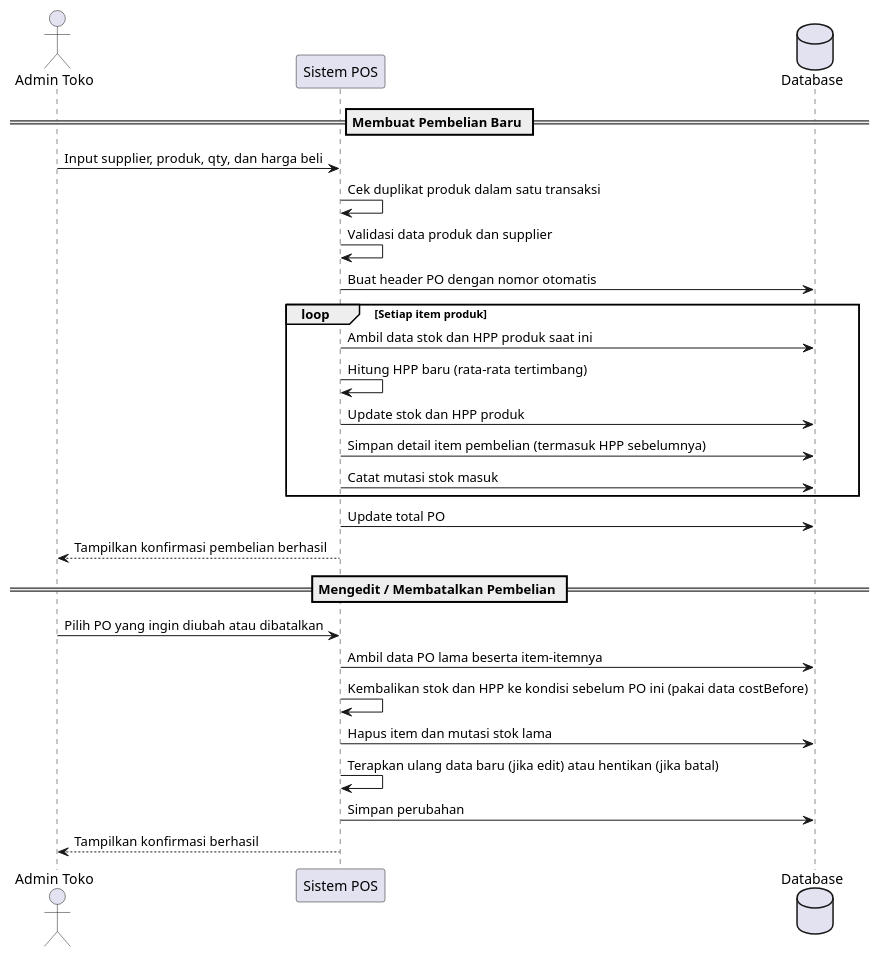
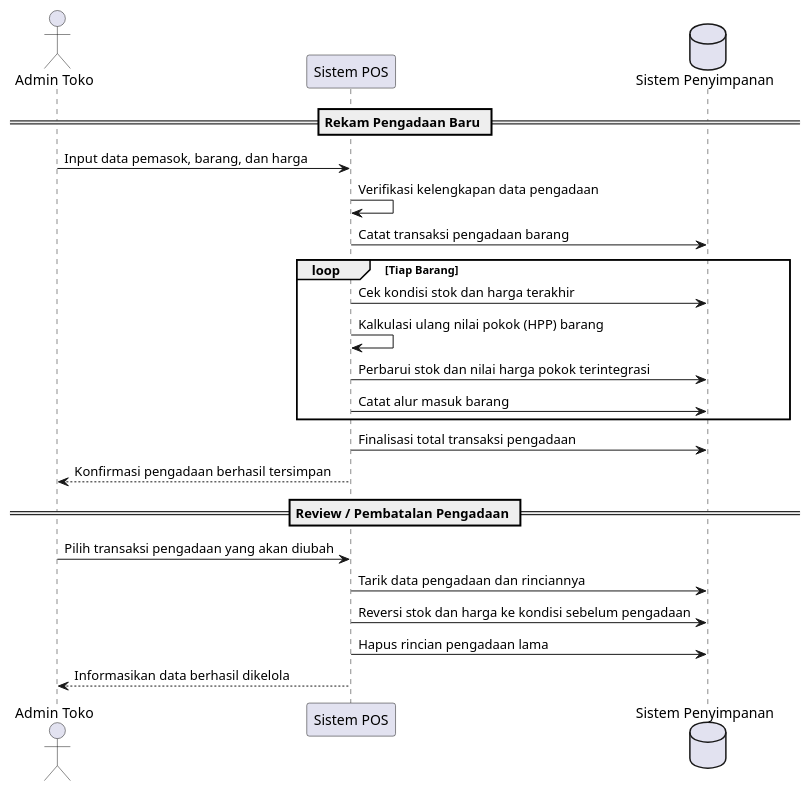
The diagram in docs/uml-sequence-purchase.puml (Aditiarzky/pos-app), drawn with PlantUML before and after one commit. The commit also changed 21 other files, not shown here.

```diff
--- a/docs/uml-sequence-purchase.puml
+++ b/docs/uml-sequence-purchase.puml
@@ -1,29 +1,25 @@
 @startuml
 actor "Admin Toko" as Admin
 participant "Sistem POS" as App
-database "Database" as DB
+database "Sistem Penyimpanan" as DB
 
-== Membuat Pembelian Baru ==
-Admin -> App: Input supplier, produk, qty, dan harga beli
-App -> App: Cek duplikat produk dalam satu transaksi
-App -> App: Validasi data produk dan supplier
-App -> DB: Buat header PO dengan nomor otomatis
-loop Setiap item produk
-  App -> DB: Ambil data stok dan HPP produk saat ini
-  App -> App: Hitung HPP baru (rata-rata tertimbang)
-  App -> DB: Update stok dan HPP produk
-  App -> DB: Simpan detail item pembelian (termasuk HPP sebelumnya)
-  App -> DB: Catat mutasi stok masuk
+== Rekam Pengadaan Baru ==
+Admin -> App: Input data pemasok, barang, dan harga
+App -> App: Verifikasi kelengkapan data pengadaan
+App -> DB: Catat transaksi pengadaan barang
+loop Tiap Barang
+  App -> DB: Cek kondisi stok dan harga terakhir
+  App -> App: Kalkulasi ulang nilai pokok (HPP) barang
+  App -> DB: Perbarui stok dan nilai harga pokok terintegrasi
+  App -> DB: Catat alur masuk barang
 end
-App -> DB: Update total PO
-App --> Admin: Tampilkan konfirmasi pembelian berhasil
+App -> DB: Finalisasi total transaksi pengadaan
+App --> Admin: Konfirmasi pengadaan berhasil tersimpan
 
-== Mengedit / Membatalkan Pembelian ==
-Admin -> App: Pilih PO yang ingin diubah atau dibatalkan
-App -> DB: Ambil data PO lama beserta item-itemnya
-App -> App: Kembalikan stok dan HPP ke kondisi sebelum PO ini (pakai data costBefore)
-App -> DB: Hapus item dan mutasi stok lama
-App -> App: Terapkan ulang data baru (jika edit) atau hentikan (jika batal)
-App -> DB: Simpan perubahan
-App --> Admin: Tampilkan konfirmasi berhasil
+== Review / Pembatalan Pengadaan ==
+Admin -> App: Pilih transaksi pengadaan yang akan diubah
+App -> DB: Tarik data pengadaan dan rinciannya
+App -> DB: Reversi stok dan harga ke kondisi sebelum pengadaan
+App -> DB: Hapus rincian pengadaan lama
+App --> Admin: Informasikan data berhasil dikelola
 @enduml
```
